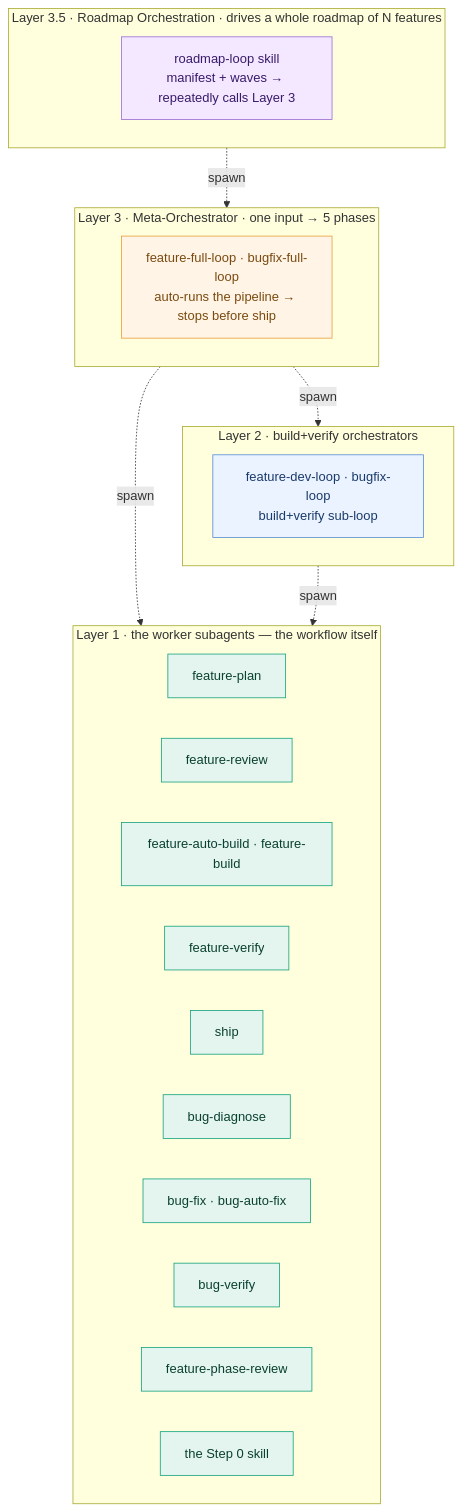
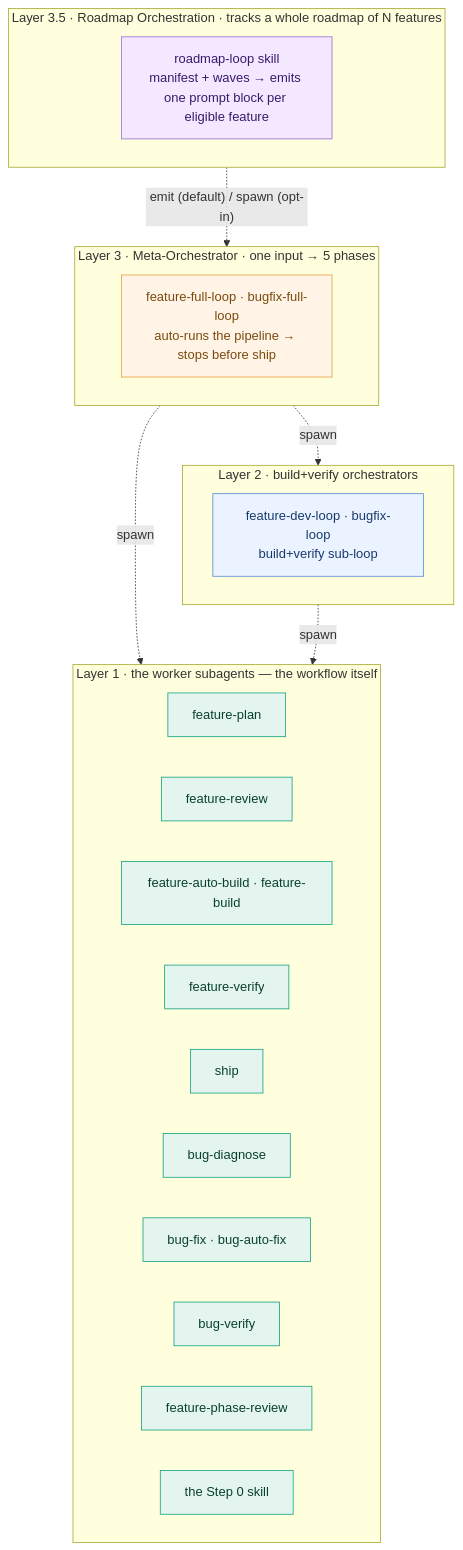
The first of 2 diagrams in docs/workflow/_portable/usage-guide.md (jinlong17/XAI_Desktop), drawn with Mermaid before and after one commit. The commit also changed other lines of this file, not shown here.

First line of the commit message:
docs(workflow): re-sync _portable/usage-guide.md from A2K (emit-dispatch fix)

````diff
--- a/docs/workflow/_portable/usage-guide.md
+++ b/docs/workflow/_portable/usage-guide.md
@@ -109,37 +109,37 @@
 ```mermaid
 flowchart TB
-  subgraph L35 [Layer 3.5 · Roadmap Orchestration · drives a whole roadmap of N features]
-    RL[roadmap-loop skill<br/>manifest + waves → repeatedly calls Layer 3]
+  subgraph L35 [Layer 3.5 · Roadmap Orchestration · tracks a whole roadmap of N features]
+    RL[roadmap-loop skill<br/>manifest + waves → emits one prompt block per eligible feature]
   end
   subgraph L3 [Layer 3 · Meta-Orchestrator · one input → 5 phases]
     FL[feature-full-loop · bugfix-full-loop<br/>auto-runs the pipeline → stops before ship]
   end
   subgraph L2 [Layer 2 · build+verify orchestrators]
     DL[feature-dev-loop · bugfix-loop<br/>build+verify sub-loop]
   end
   subgraph L1 [Layer 1 · the worker subagents — the workflow itself]
     P[feature-plan]
     R[feature-review]
     AB[feature-auto-build · feature-build]
     V[feature-verify]
     S[ship]
     BD[bug-diagnose]
     BF[bug-fix · bug-auto-fix]
     BV[bug-verify]
     PR[feature-phase-review]
     SK[the Step 0 skill]
   end
-  L35 -.spawn.-> L3
+  L35 -.emit (default) / spawn (opt-in).-> L3
   L3 -.spawn.-> L1
   L3 -.spawn.-> L2
   L2 -.spawn.-> L1
 
   classDef l35 fill:#f3e8ff,stroke:#9a6dd6,color:#3a1a6b;
   classDef l3 fill:#fff4e6,stroke:#e89e3c,color:#7a4a10;
   classDef l2 fill:#eaf3ff,stroke:#5a8dd6,color:#1a3a6b;
   classDef l1 fill:#e3f5ee,stroke:#16a37f,color:#0a4030;
   class RL l35;
   class FL l3;
   class DL l2;
   class P,R,AB,V,S,BD,BF,BV,PR,SK l1;
 ```
````
